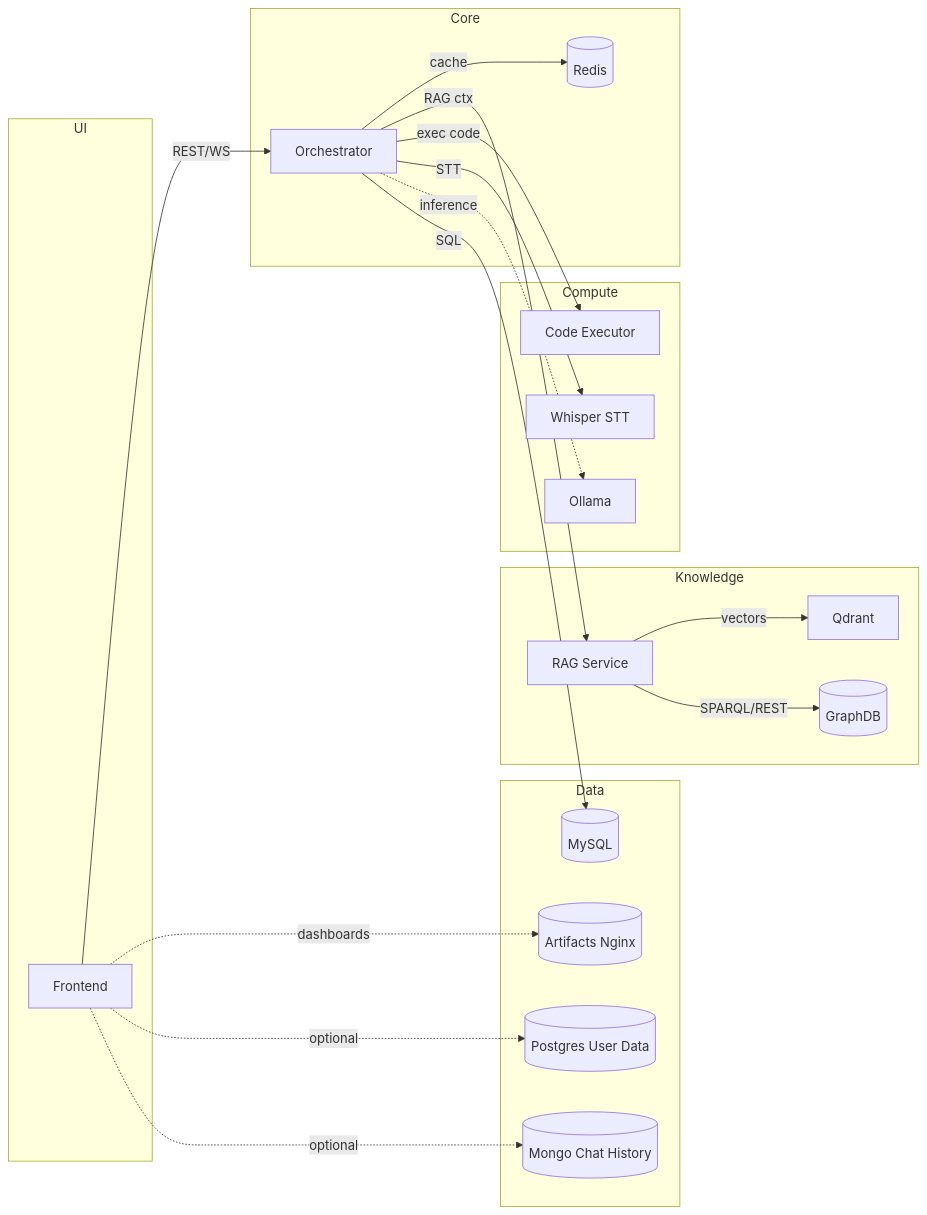
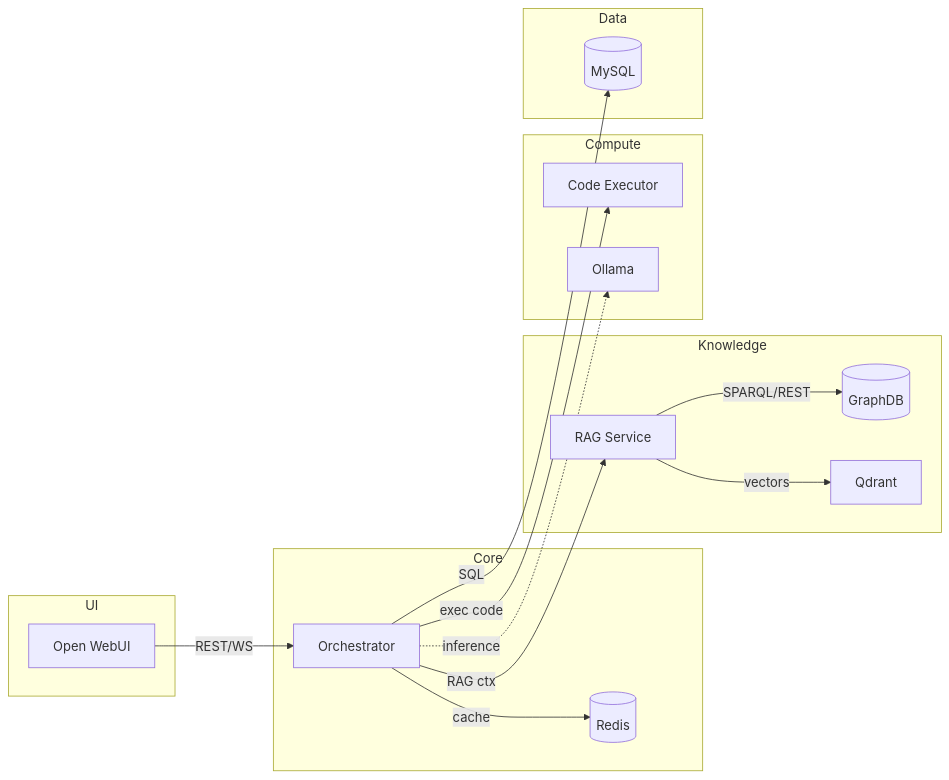
One commit to suhasdevmane/OntoSage changed the diagram in docs/SERVICES.md. Above: the diagram before and after it, drawn with Mermaid. The commit also changed other lines of this file and 40 other files, not shown here.

````diff
--- a/docs/SERVICES.md
+++ b/docs/SERVICES.md
@@ -7,39 +7,31 @@
 ```mermaid
 graph LR
   subgraph UI
-    FE[Frontend]
+    FE[Open WebUI]
   end
   subgraph Core
     ORCH[Orchestrator]
     REDIS[(Redis)]
   end
   subgraph Knowledge
     GDB[(GraphDB)]
     QDR[Qdrant]
     RAG[RAG Service]
   end
   subgraph Compute
     EXEC[Code Executor]
-    WHIS[Whisper STT]
     OLLA[Ollama]
   end
   subgraph Data
     MYSQL[(MySQL)]
-    PGU[(Postgres User Data)]
-    MONGO[(Mongo Chat History)]
-    FILES[(Artifacts Nginx)]
   end
 
   FE -- REST/WS --> ORCH
   ORCH -- cache --> REDIS
   ORCH -- RAG ctx --> RAG
   RAG -- vectors --> QDR
   RAG -- SPARQL/REST --> GDB
   ORCH -- exec code --> EXEC
-  ORCH -- STT --> WHIS
   ORCH -. inference .-> OLLA
   ORCH -- SQL --> MYSQL
-  FE -. dashboards .-> FILES
-  FE -. optional .-> PGU
-  FE -. optional .-> MONGO
 ```
````
